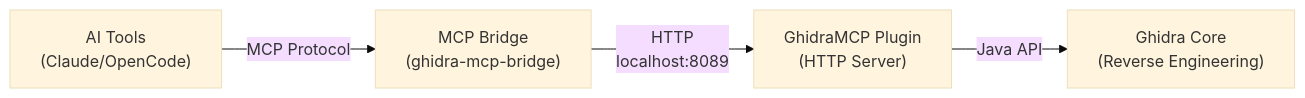
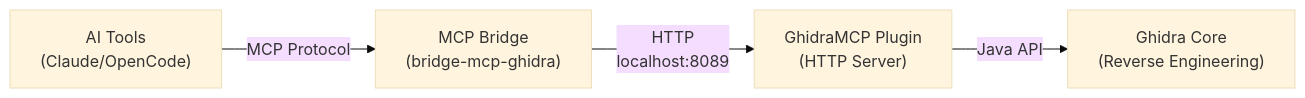
One commit to LukeCarrier/dotfiles changed the diagram in component/ghidra/README.md. Above: the diagram before and after it, drawn with Mermaid (base theme). The commit also changed other lines of this file and 3 other files, not shown here.

Commit message:
package/ghidra-mcp: 6.0.0 builds, at least

````diff
--- a/component/ghidra/README.md
+++ b/component/ghidra/README.md
@@ -97,11 +97,11 @@
 ```mermaid
 graph LR
     aiTools["AI Tools<br/>(Claude/OpenCode)"]
-    mcpBridge["MCP Bridge<br/>(ghidra-mcp-bridge)"]
+    mcpBridge["MCP Bridge<br/>(bridge-mcp-ghidra)"]
     ghidraMcpPlugin["GhidraMCP Plugin<br/>(HTTP Server)"]
     ghidraCore["Ghidra Core<br/>(Reverse Engineering)"]
 
     aiTools -->|MCP Protocol| mcpBridge
     mcpBridge -->|HTTP<br/>localhost:8089| ghidraMcpPlugin
     ghidraMcpPlugin -->|Java API| ghidraCore
 ```
````
